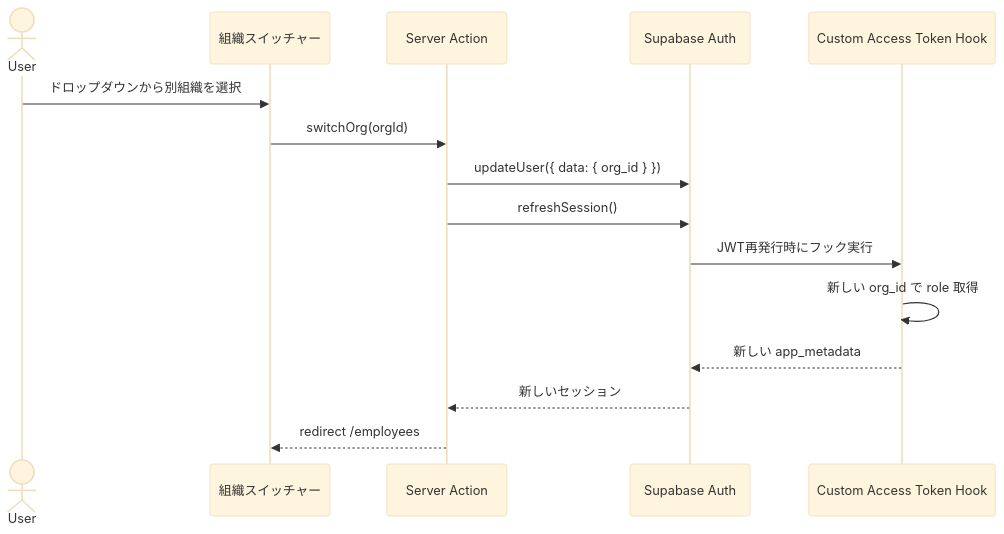
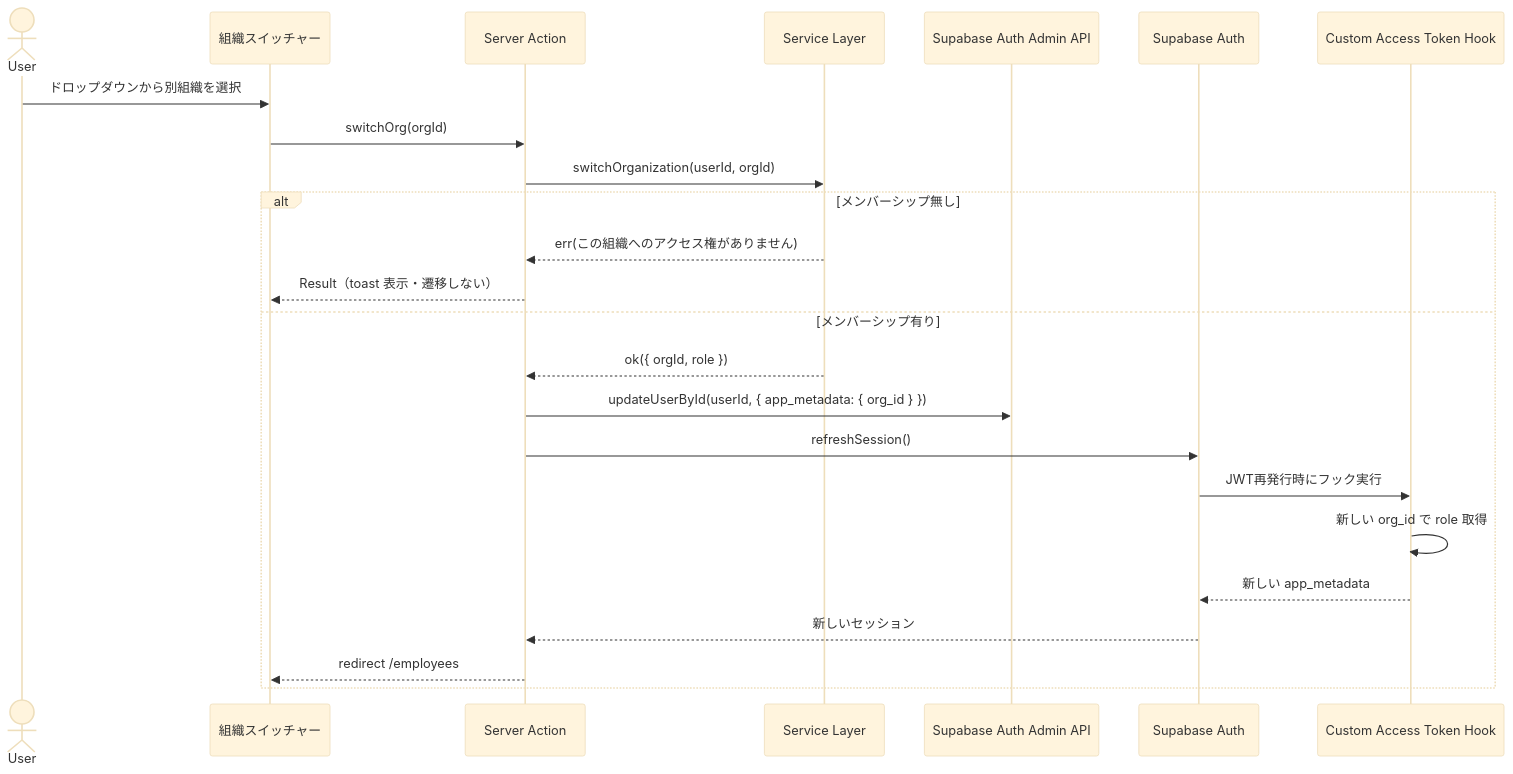
One commit to TakuyaMiyashita/fondra-hr changed the fourth of 9 diagrams in docs/design/user-flows.md. Above: the diagram before and after it, drawn with Mermaid (base theme). The commit also changed other lines of this file and 9 other files, not shown here.

````diff
--- a/docs/design/user-flows.md
+++ b/docs/design/user-flows.md
@@ -93,18 +93,27 @@
 ```mermaid
 sequenceDiagram
     actor User
     participant UI as 組織スイッチャー
     participant SA as Server Action
+    participant SVC as Service Layer
+    participant Admin as Supabase Auth Admin API
     participant Auth as Supabase Auth
     participant Hook as Custom Access Token Hook
 
     User->>UI: ドロップダウンから別組織を選択
     UI->>SA: switchOrg(orgId)
-    SA->>Auth: updateUser({ data: { org_id } })
-    SA->>Auth: refreshSession()
-    Auth->>Hook: JWT再発行時にフック実行
-    Hook->>Hook: 新しい org_id で role 取得
-    Hook-->>Auth: 新しい app_metadata
-    Auth-->>SA: 新しいセッション
-    SA-->>UI: redirect /employees
+    SA->>SVC: switchOrganization(userId, orgId)
+    alt メンバーシップ無し
+        SVC-->>SA: err(この組織へのアクセス権がありません)
+        SA-->>UI: Result（toast 表示・遷移しない）
+    else メンバーシップ有り
+        SVC-->>SA: ok({ orgId, role })
+        SA->>Admin: updateUserById(userId, { app_metadata: { org_id } })
+        SA->>Auth: refreshSession()
+        Auth->>Hook: JWT再発行時にフック実行
+        Hook->>Hook: 新しい org_id で role 取得
+        Hook-->>Auth: 新しい app_metadata
+        Auth-->>SA: 新しいセッション
+        SA-->>UI: redirect /employees
+    end
 ```
````
